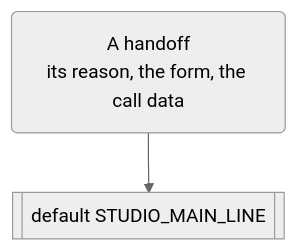
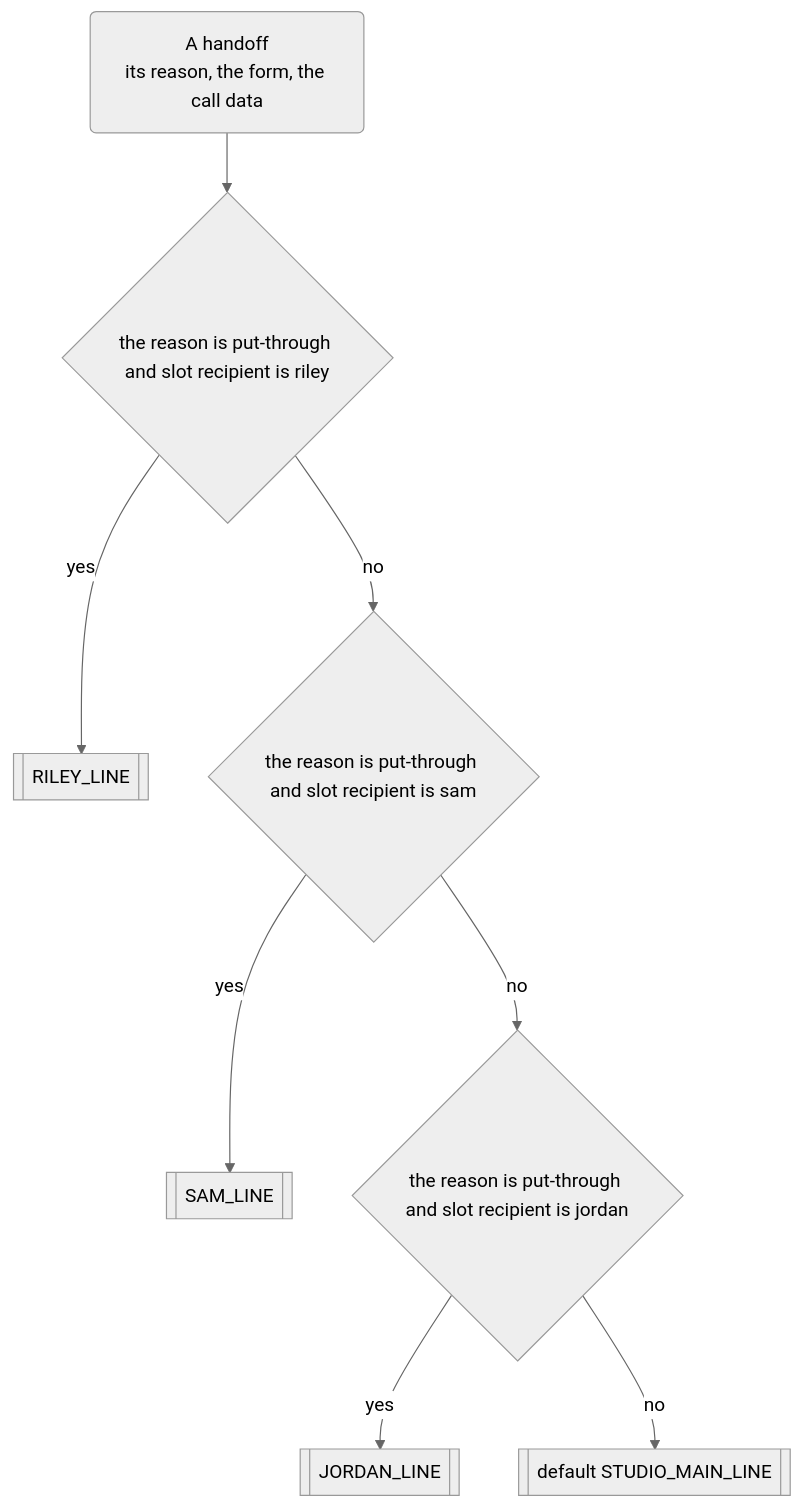
The tenth of 10 diagrams in apps/secretary/APP-MAP.md (DialogWright/dialogwright), drawn with Mermaid (neutral theme) before and after one commit. The commit also changed other lines of this file and 23 other files, not shown here.

````diff
--- a/apps/secretary/APP-MAP.md
+++ b/apps/secretary/APP-MAP.md
@@ -87,6 +174,18 @@
 ```mermaid
 flowchart TD
   handoff("A handoff<br/>its reason, the form, the call data")
+  w_0{"the reason is put-through and slot recipient is riley"}
+  handoff --> w_0
+  t_0[["RILEY_LINE"]]
+  w_0 -->|"yes"| t_0
+  w_1{"the reason is put-through and slot recipient is sam"}
+  w_0 -->|"no"| w_1
+  t_1[["SAM_LINE"]]
+  w_1 -->|"yes"| t_1
+  w_2{"the reason is put-through and slot recipient is jordan"}
+  w_1 -->|"no"| w_2
+  t_2[["JORDAN_LINE"]]
+  w_2 -->|"yes"| t_2
   fallback[["default STUDIO_MAIN_LINE"]]
-  handoff --> fallback
+  w_2 -->|"no"| fallback
 ```
````
